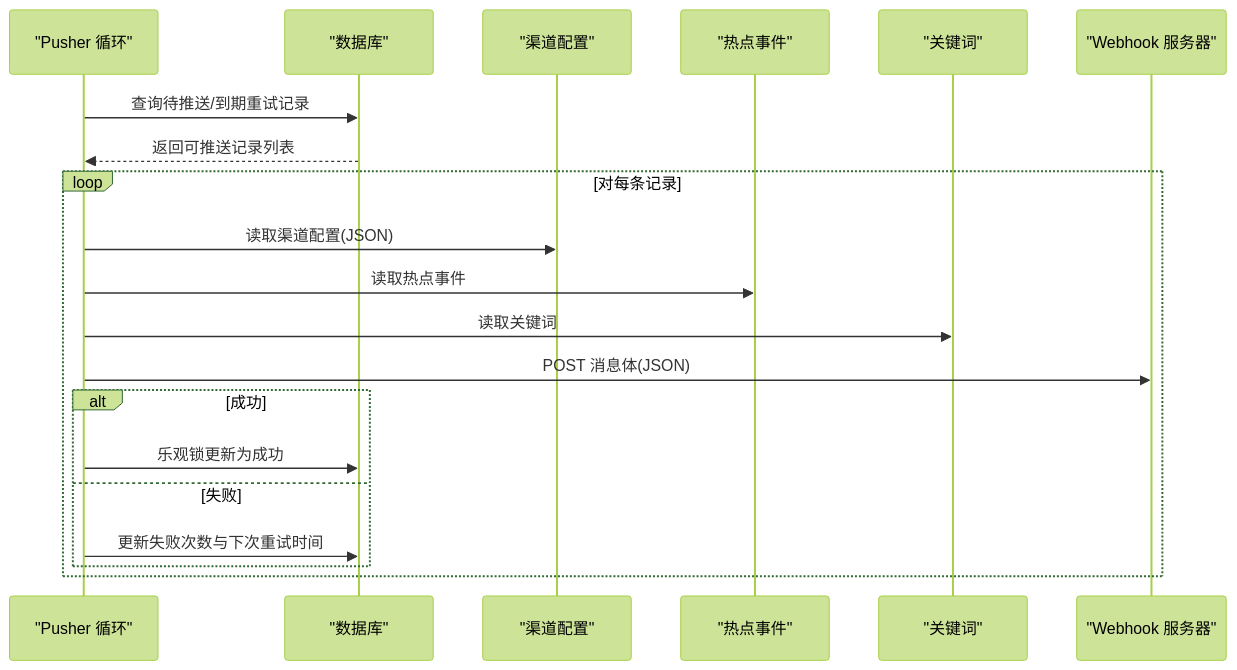
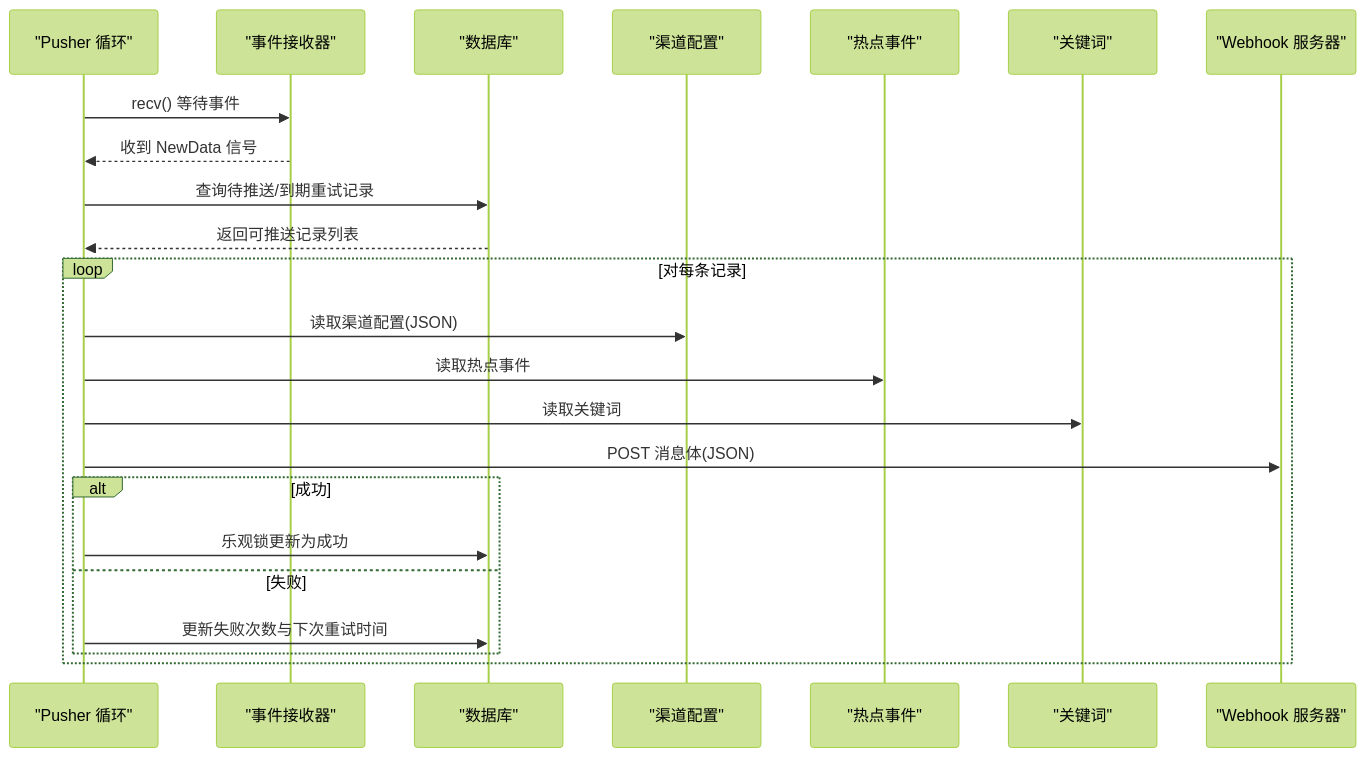
The sixth of 10 diagrams in .qoder/repowiki/zh/content/系统架构设计/系统架构设计.md (leimu-hue/AI-Trend-Tool), drawn with Mermaid (forest theme) before and after one commit. The commit also changed other lines of this file and 74 other files, not shown here.

````diff
--- a/.qoder/repowiki/zh/content/系统架构设计/系统架构设计.md
+++ b/.qoder/repowiki/zh/content/系统架构设计/系统架构设计.md
@@ -212,22 +268,25 @@
 ```mermaid
 sequenceDiagram
 participant L as "Pusher 循环"
+participant RX as "事件接收器"
 participant DB as "数据库"
 participant CH as "渠道配置"
 participant HE as "热点事件"
 participant KW as "关键词"
 participant WH as "Webhook 服务器"
+L->>RX : recv() 等待事件
+RX-->>L : 收到 NewData 信号
 L->>DB : 查询待推送/到期重试记录
 DB-->>L : 返回可推送记录列表
 loop 对每条记录
 L->>CH : 读取渠道配置(JSON)
 L->>HE : 读取热点事件
 L->>KW : 读取关键词
 L->>WH : POST 消息体(JSON)
 alt 成功
 L->>DB : 乐观锁更新为成功
 else 失败
 L->>DB : 更新失败次数与下次重试时间
 end
 end
 ```
````
